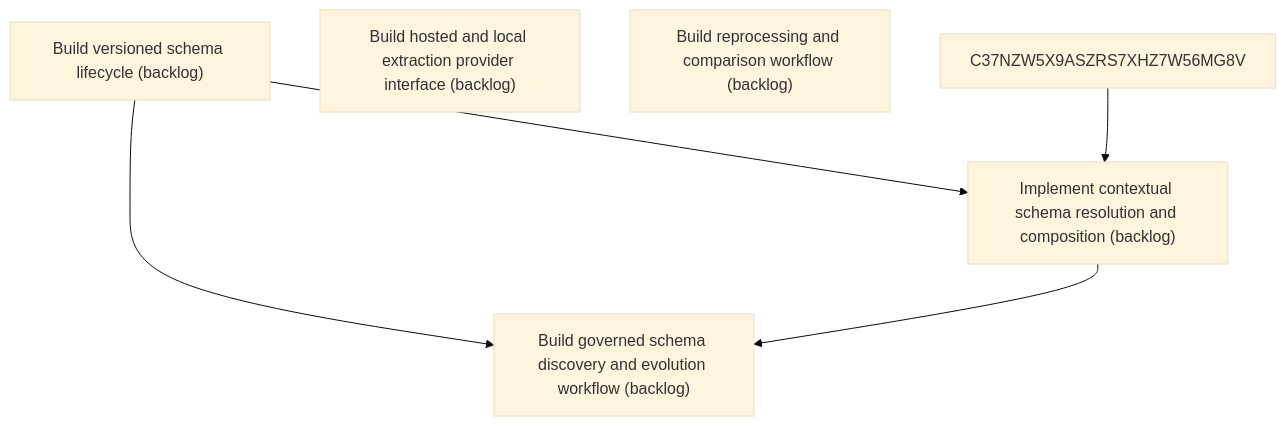
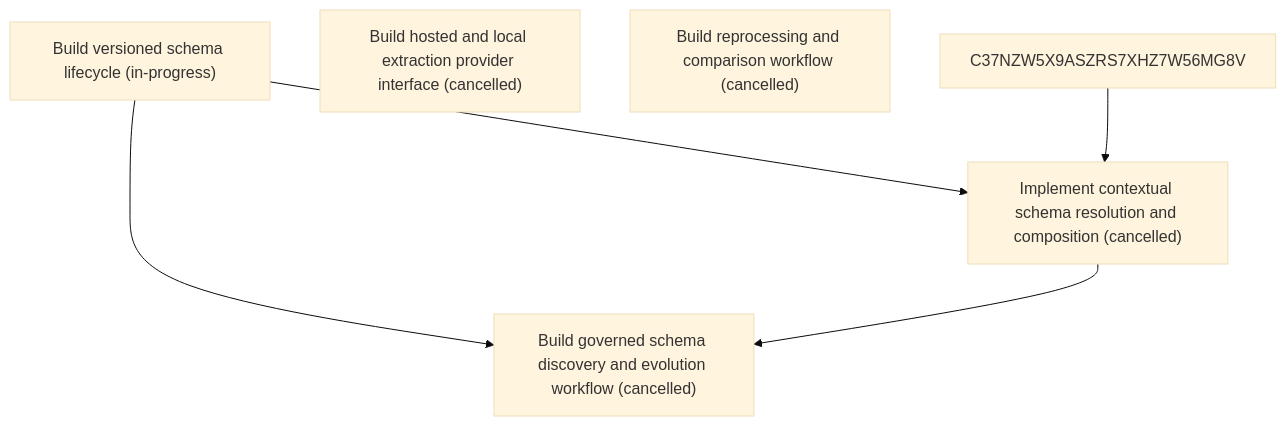
The diagram in .skyhook/plan/epics/0QDXE9R7PY4N4E743SZ1NHH6Z4.md (asadayoub/Evidentia), drawn with Mermaid (base theme) before and after one commit. The commit also changed other lines of this file and 54 other files, not shown here.

Commit message:
docs(skyhook): adopt interaction-first delivery roadmap

````diff
--- a/.skyhook/plan/epics/0QDXE9R7PY4N4E743SZ1NHH6Z4.md
+++ b/.skyhook/plan/epics/0QDXE9R7PY4N4E743SZ1NHH6Z4.md
@@ -24,12 +24,12 @@
 ```mermaid
 flowchart TD
-    4PJTJVE73D2MN7GT64T48S05HT["Build versioned schema lifecycle (backlog)"]
-    BYNGTQS6SX4FB7HQ46D9FKTJR2["Build hosted and local extraction provider interface (backlog)"]
-    8PKADXET1MA10TAY9F6VBDYYAD["Build reprocessing and comparison workflow (backlog)"]
-    STORY-002["Implement contextual schema resolution and composition (backlog)"]
+    4PJTJVE73D2MN7GT64T48S05HT["Build versioned schema lifecycle (in-progress)"]
+    BYNGTQS6SX4FB7HQ46D9FKTJR2["Build hosted and local extraction provider interface (cancelled)"]
+    8PKADXET1MA10TAY9F6VBDYYAD["Build reprocessing and comparison workflow (cancelled)"]
+    STORY-002["Implement contextual schema resolution and composition (cancelled)"]
     4PJTJVE73D2MN7GT64T48S05HT --> STORY-002
     C37NZW5X9ASZRS7XHZ7W56MG8V --> STORY-002
-    STORY-003["Build governed schema discovery and evolution workflow (backlog)"]
+    STORY-003["Build governed schema discovery and evolution workflow (cancelled)"]
     4PJTJVE73D2MN7GT64T48S05HT --> STORY-003
     STORY-002 --> STORY-003
 ```
````
